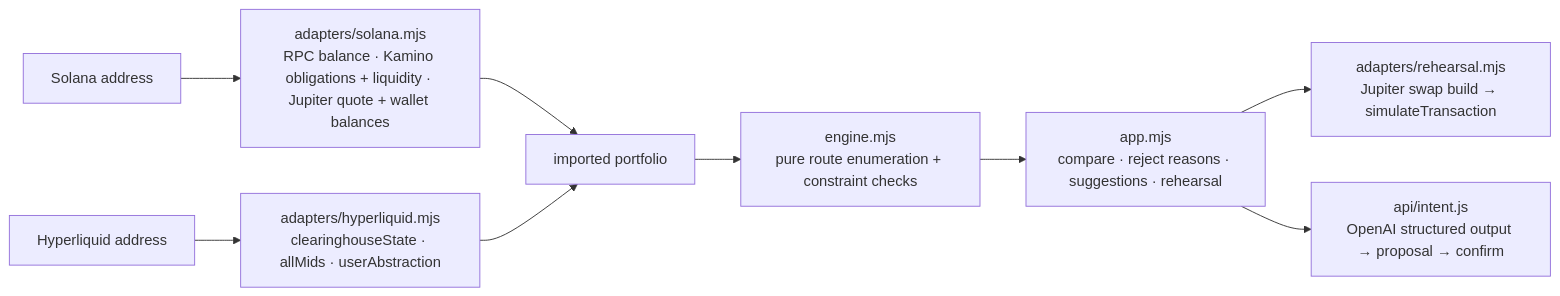
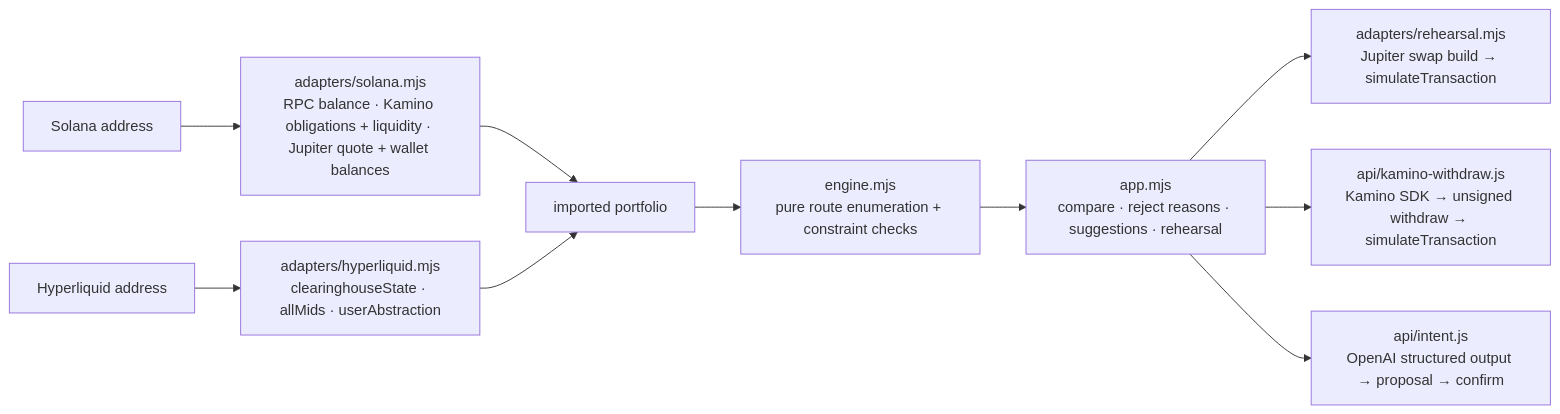
The diagram in README.md (plutohan/exitplan), drawn with Mermaid before and after one commit. The commit also changed other lines of this file and 15 other files, not shown here.

Commit message:
feat: simulate the Kamino withdrawal leg (server-side Kamino SDK, unsigned transaction, simulateTransaction)

````diff
--- a/README.md
+++ b/README.md
@@ -64,11 +64,12 @@
 ```mermaid
 flowchart LR
   A[Solana address] --> S[adapters/solana.mjs<br/>RPC balance · Kamino obligations + liquidity · Jupiter quote + wallet balances]
   B[Hyperliquid address] --> H[adapters/hyperliquid.mjs<br/>clearinghouseState · allMids · userAbstraction]
   S --> P[imported portfolio]
   H --> P
   P --> E[engine.mjs<br/>pure route enumeration + constraint checks]
   E --> U[app.mjs<br/>compare · reject reasons · suggestions · rehearsal]
   U --> R[adapters/rehearsal.mjs<br/>Jupiter swap build → simulateTransaction]
+  U --> K[api/kamino-withdraw.js<br/>Kamino SDK → unsigned withdraw → simulateTransaction]
   U --> I[api/intent.js<br/>OpenAI structured output → proposal → confirm]
 ```
````
